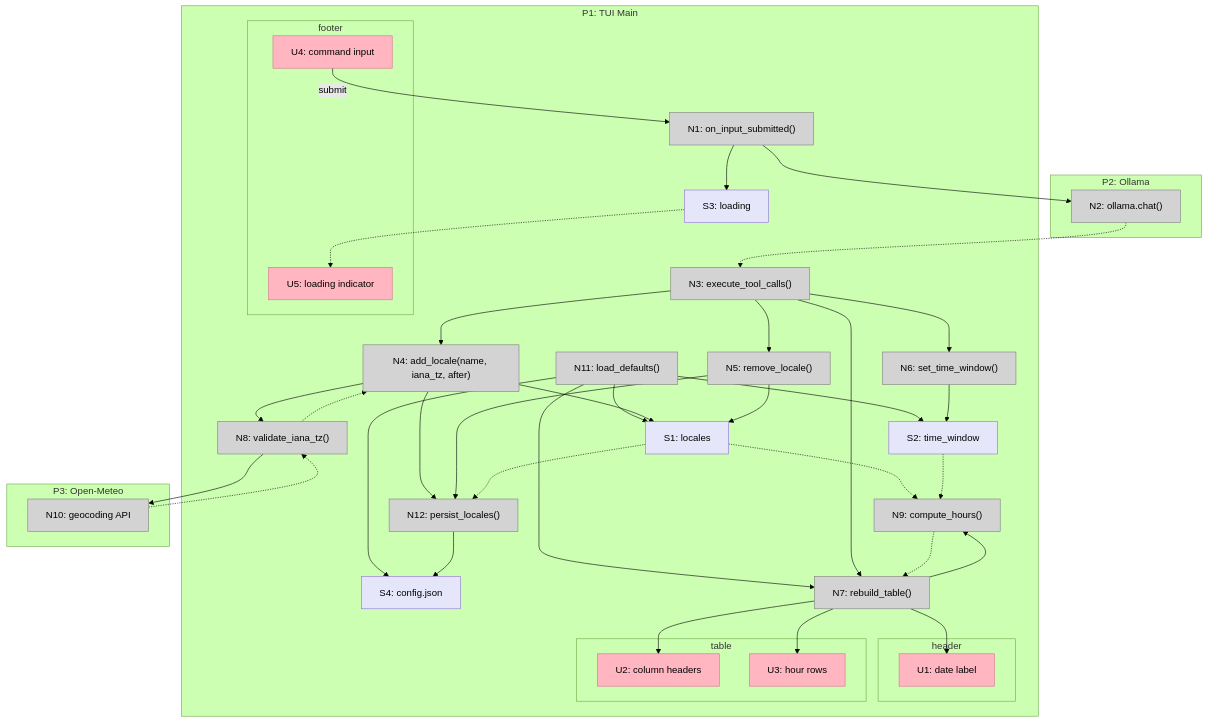
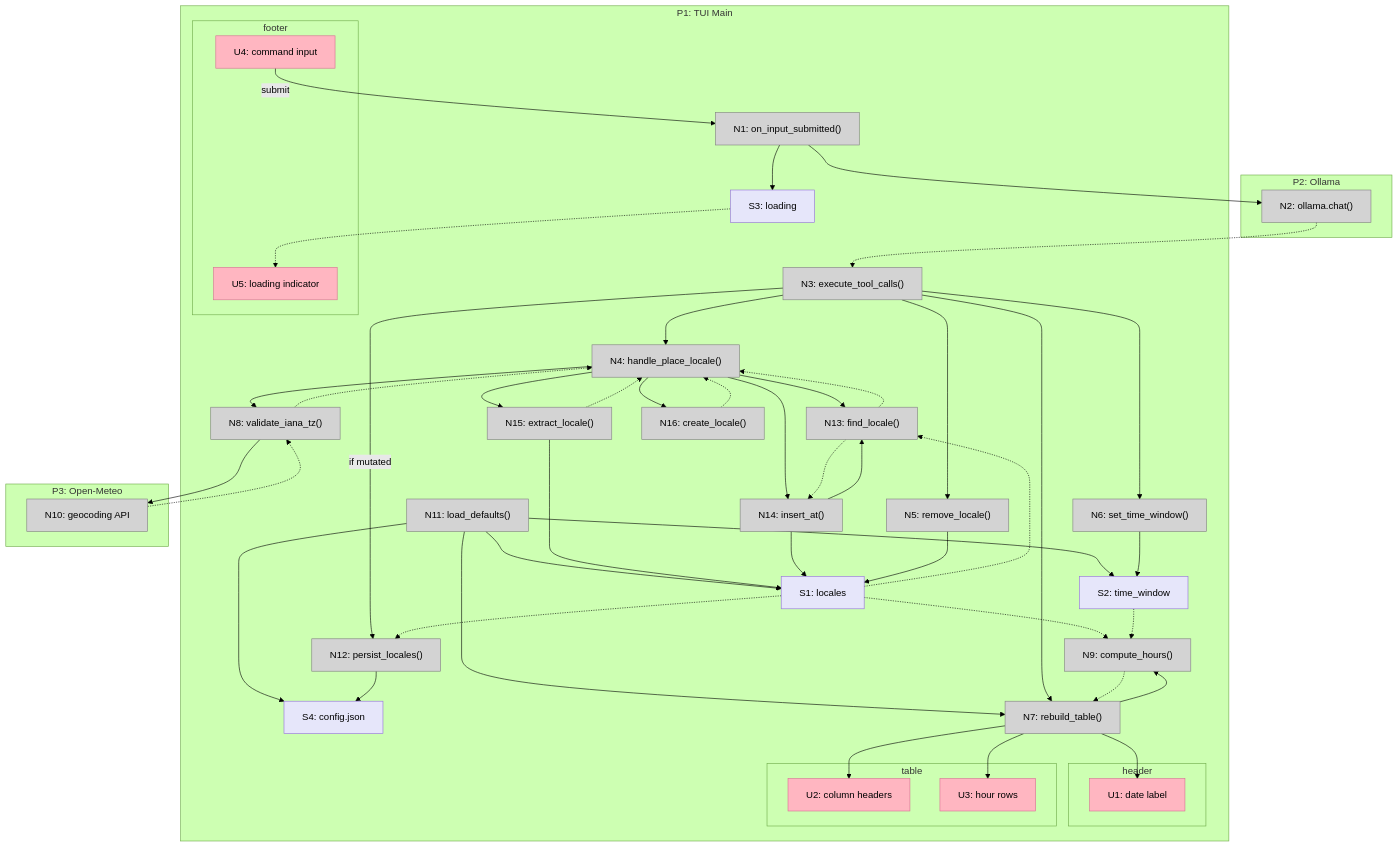
One commit to rjs/tick changed the diagram in shaping-v1.2.md. Above: the diagram before and after it, drawn with Mermaid (forest theme). The commit also changed other lines of this file and 4 other files, not shown here.

First line of the commit message:
Rename add_locale to place_locale and extract affordances

````diff
--- a/shaping-v1.2.md
+++ b/shaping-v1.2.md
@@ -165,7 +169,7 @@
 
         N1["N1: on_input_submitted()"]
         N3["N3: execute_tool_calls()"]
-        N4["N4: add_locale(name, iana_tz, after)"]
+        N4["N4: handle_place_locale()"]
         N5["N5: remove_locale()"]
         N6["N6: set_time_window()"]
         N7["N7: rebuild_table()"]
@@ -173,6 +177,10 @@
         N9["N9: compute_hours()"]
         N11["N11: load_defaults()"]
         N12["N12: persist_locales()"]
+        N13["N13: find_locale()"]
+        N14["N14: insert_at()"]
+        N15["N15: extract_locale()"]
+        N16["N16: create_locale()"]
     end
 
     subgraph P2["P2: Ollama"]
@@ -196,21 +204,37 @@
     N1 --> N2
     N2 -.-> N3
 
-    %% Tool execution
+    %% Tool dispatch
     N3 --> N4
     N3 --> N5
     N3 --> N6
+
+    %% place_locale internals
     N4 --> N8
+    N4 --> N13
+    N4 --> N15
+    N4 --> N16
+    N4 --> N14
     N8 --> N10
     N10 -.-> N8
     N8 -.-> N4
-    N4 --> S1
-    N4 --> N12
+    S1 -.-> N13
+    N13 -.-> N4
+    N15 --> S1
+    N15 -.-> N4
+    N16 -.-> N4
+    N13 -.-> N14
+    N14 --> N13
+    N14 --> S1
+
+    %% remove_locale
     N5 --> S1
-    N5 --> N12
+
+    %% set_time_window
     N6 --> S2
 
-    %% Persist writes S1 snapshot to config
+    %% Persist (conditional on locale mutation)
+    N3 -->|if mutated| N12
     S1 -.-> N12
     N12 --> S4
 
@@ -229,6 +253,6 @@
     classDef store fill:#e6e6fa,stroke:#9370db,color:#000
 
     class U1,U2,U3,U4,U5 ui
-    class N1,N2,N3,N4,N5,N6,N7,N8,N9,N10,N11,N12 nonui
+    class N1,N2,N3,N4,N5,N6,N7,N8,N9,N10,N11,N12,N13,N14,N15,N16 nonui
     class S1,S2,S3,S4 store
 ```
````
